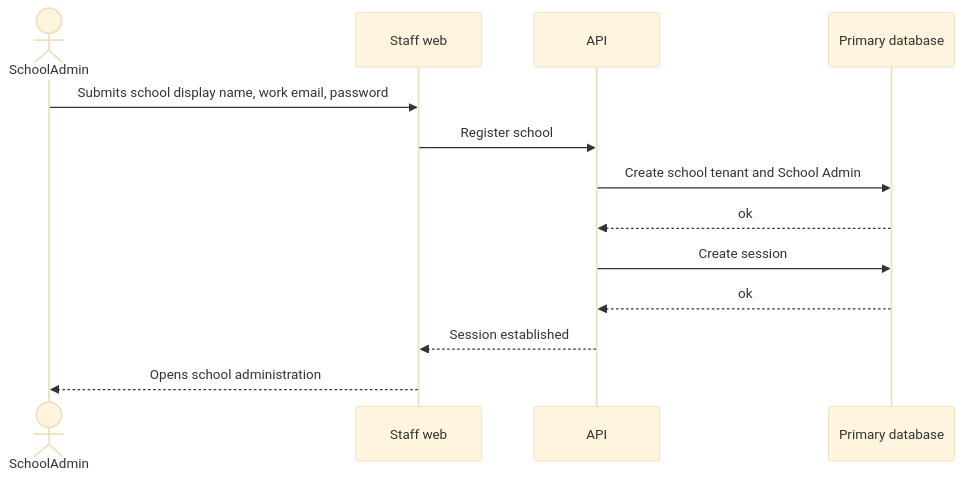
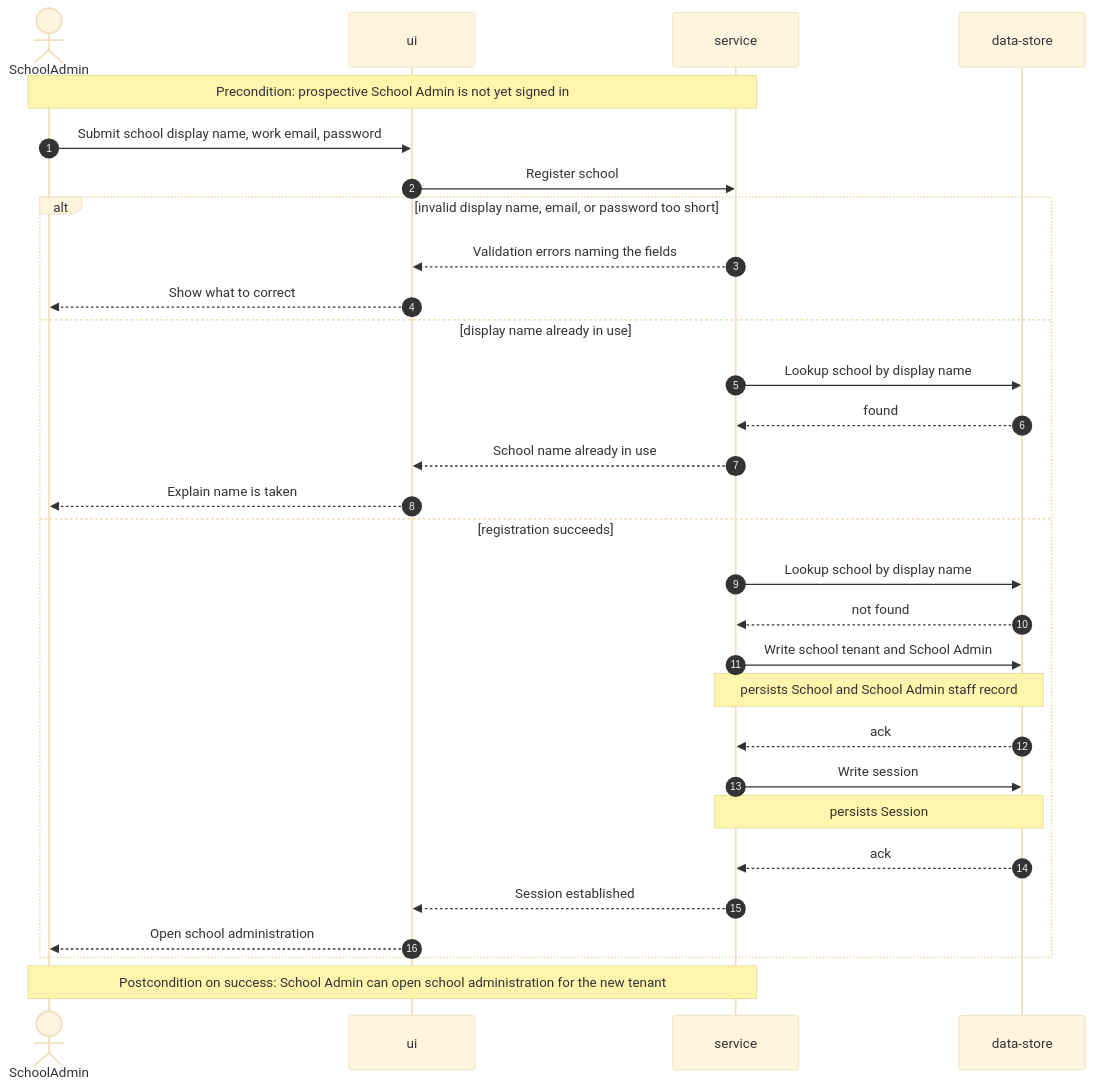
Before and after one commit to danileichenko/schoolo: the third of 3 diagrams in docs/features/school-auth/sad.md, drawn with Mermaid (base theme). The commit also changed other lines of this file, not shown here.

Commit message:
sequences: school-auth register school runtime flow
Replace design seed diagrams with UI-driven Register school flow covering happy and error branches.

````diff
--- a/docs/features/school-auth/sad.md
+++ b/docs/features/school-auth/sad.md
@@ -148,15 +148,33 @@
 ```mermaid
 sequenceDiagram
-    actor SchoolAdmin
-    participant Web as Staff web
-    participant Api as API
-    participant Store as Primary database
-    SchoolAdmin->>Web: Submits school display name, work email, password
-    Web->>Api: Register school
-    Api->>Store: Create school tenant and School Admin
-    Store-->>Api: ok
-    Api->>Store: Create session
-    Store-->>Api: ok
-    Api-->>Web: Session established
-    Web-->>SchoolAdmin: Opens school administration
+    autonumber
+    actor A as SchoolAdmin
+    participant UI as ui
+    participant S as service
+    participant D as data-store
+
+    Note over A,S: Precondition: prospective School Admin is not yet signed in
+    A->>UI: Submit school display name, work email, password
+    UI->>S: Register school
+    alt invalid display name, email, or password too short
+        S-->>UI: Validation errors naming the fields
+        UI-->>A: Show what to correct
+    else display name already in use
+        S->>D: Lookup school by display name
+        D-->>S: found
+        S-->>UI: School name already in use
+        UI-->>A: Explain name is taken
+    else registration succeeds
+        S->>D: Lookup school by display name
+        D-->>S: not found
+        S->>D: Write school tenant and School Admin
+        Note over S,D: persists School and School Admin staff record
+        D-->>S: ack
+        S->>D: Write session
+        Note over S,D: persists Session
+        D-->>S: ack
+        S-->>UI: Session established
+        UI-->>A: Open school administration
+    end
+    Note over A,S: Postcondition on success: School Admin can open school administration for the new tenant
 ```
````
